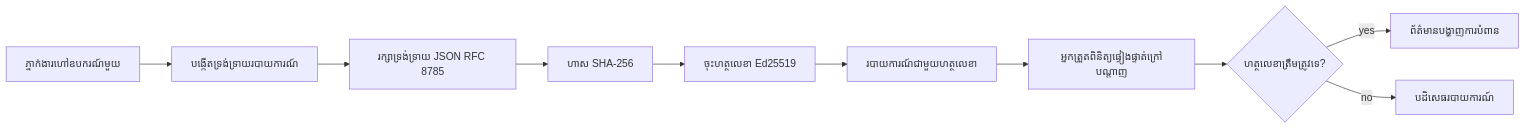
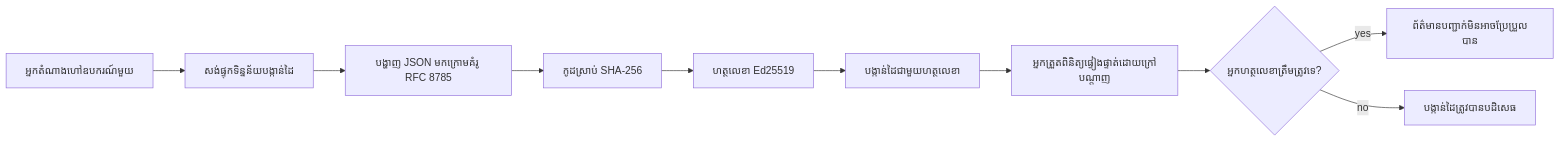
One commit to microsoft/ai-agents-for-beginners changed the first of 2 diagrams in translations/km/18-securing-ai-agents/README.md. Above: the diagram before and after it, drawn with Mermaid. The commit also changed other lines of this file and 73 other files, not shown here.

````diff
--- a/translations/km/18-securing-ai-agents/README.md
+++ b/translations/km/18-securing-ai-agents/README.md
@@ -51,12 +51,12 @@
 ```mermaid
 flowchart LR
-    A[ភ្នាក់ងារហៅឧបករណ៍មួយ] --> B[បង្កើតទ្រង់ទ្រាយរបាយការណ៍]
-    B --> C[រក្សាទ្រង់ទ្រាយ JSON RFC 8785]
-    C --> D[ហាស SHA-256]
-    D --> E[ចុះហត្ថលេខា Ed25519]
-    E --> F[របាយការណ៍ជាមួយហត្ថលេខា]
-    F --> G[អ្នកត្រួតពិនិត្យផ្ទៀងផ្ទាត់ក្រៅបណ្ដាញ]
-    G --> H{ហត្ថលេខាត្រឹមត្រូវទេ?}
-    H -- yes --> I[ព័ត៌មានបង្ហាញការបំពាន]
-    H -- no --> J[បដិសេធរបាយការណ៍]
+    A[អ្នកតំណាងហៅឧបករណ៍មួយ] --> B[សង់ផ្ទុកទិន្នន័យបង្កាន់ដៃ]
+    B --> C[បង្ហាញ JSON មកក្រោមគំរូ RFC 8785]
+    C --> D[កូដស្រាប់ SHA-256]
+    D --> E[ហត្ថលេខា Ed25519]
+    E --> F[បង្កាន់ដៃជាមួយហត្ថលេខា]
+    F --> G[អ្នកត្រួតពិនិត្យផ្ទៀងផ្ទាត់ដោយក្រៅបណ្តាញ]
+    G --> H{អ្នកហត្ថលេខាត្រឹមត្រូវទេ?}
+    H -- yes --> I[ព័ត៌មានបញ្ជាក់មិនអាចប្រែប្រួលបាន]
+    H -- no --> J[បង្កាន់ដៃត្រូវបានបដិសេធ]
 ```
````
